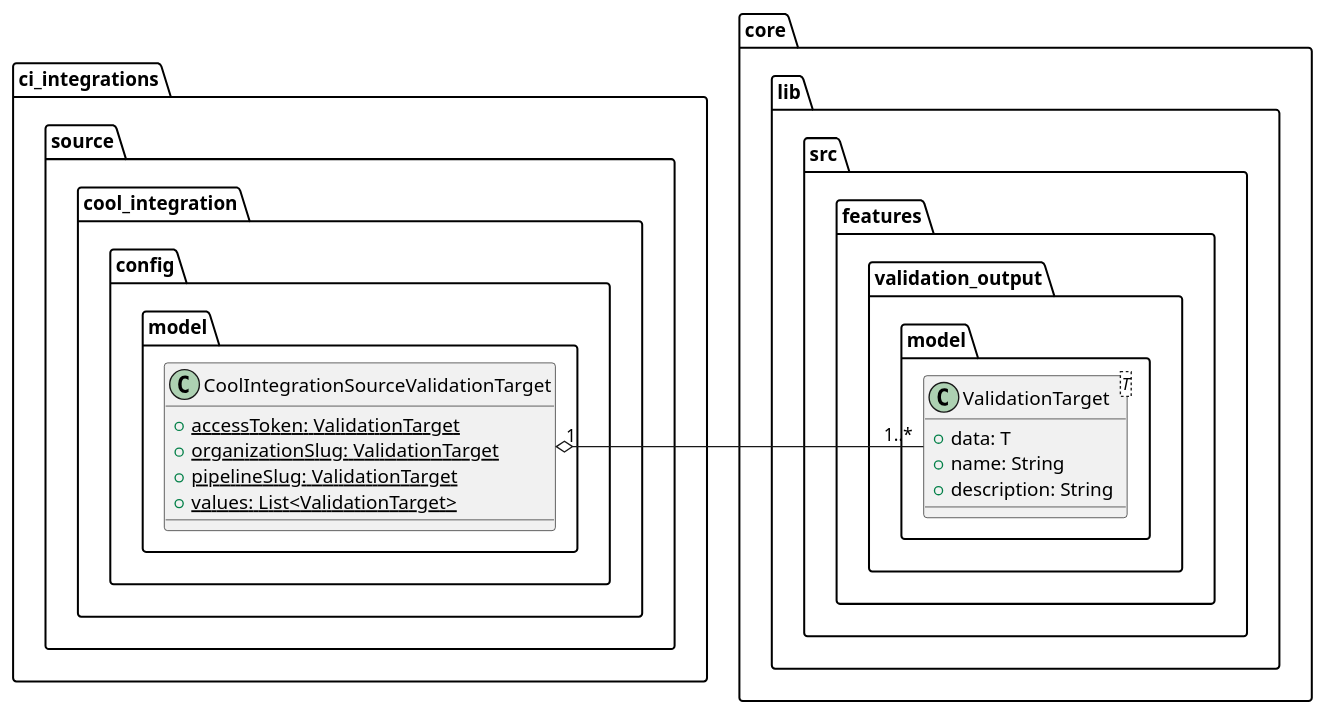
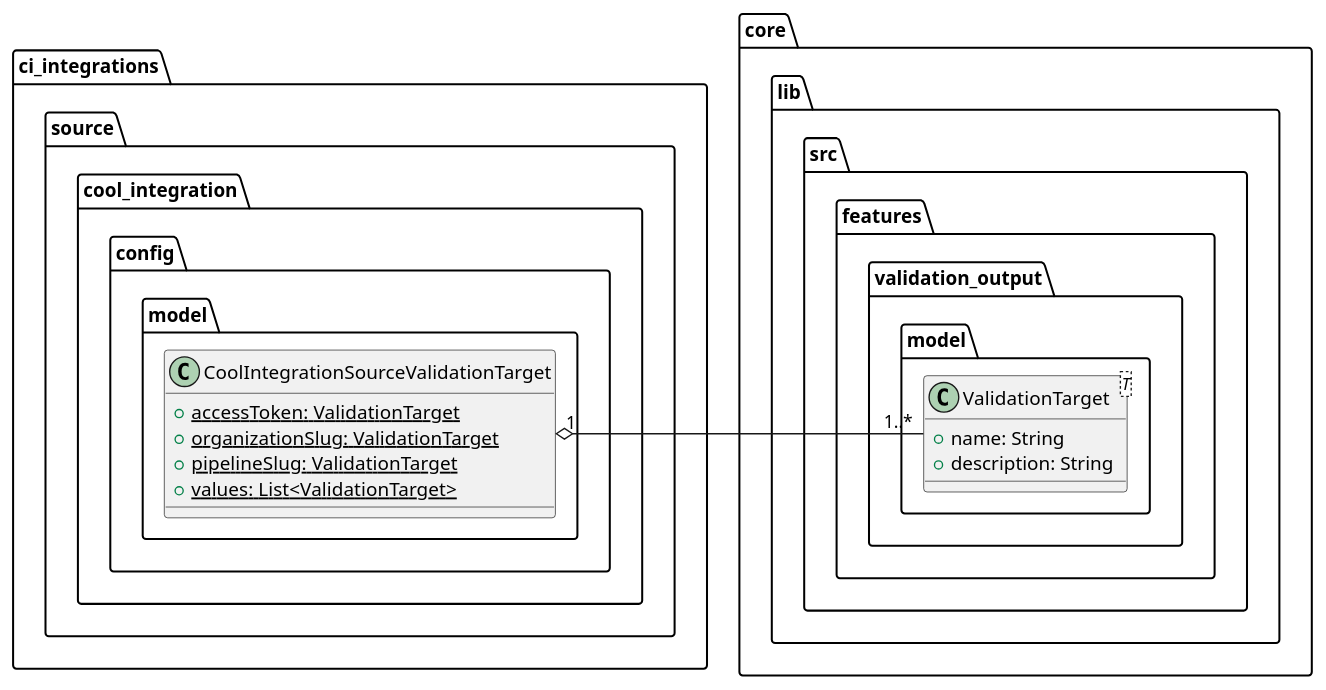
The diagram in metrics/cli/docs/features/doctor_output_improvements/diagrams/cool_integration_source_validation_target_class_diagram.puml (Flank/flank-dashboard), drawn with PlantUML before and after one commit. The commit also changed 5 other files, not shown here.

```diff
--- a/metrics/cli/docs/features/doctor_output_improvements/diagrams/cool_integration_source_validation_target_class_diagram.puml
+++ b/metrics/cli/docs/features/doctor_output_improvements/diagrams/cool_integration_source_validation_target_class_diagram.puml
@@ -1,22 +1,21 @@
 @startuml cool_integration_source_validation_target_class_diagram
 
 package core.lib.src.features.validation_output.model {
     class ValidationTarget<T> {
-        + data: T
         + name: String
         + description: String
     }
 }
 
 package ci_integrations.source.cool_integration.config.model {
     class CoolIntegrationSourceValidationTarget {
         + {static} accessToken: ValidationTarget
         + {static} organizationSlug: ValidationTarget
         + {static} pipelineSlug: ValidationTarget
         + {static} values: List<ValidationTarget>
     }
 }
 
 ValidationTarget "1..*" -left-o "1" CoolIntegrationSourceValidationTarget
 
 @enduml
```
